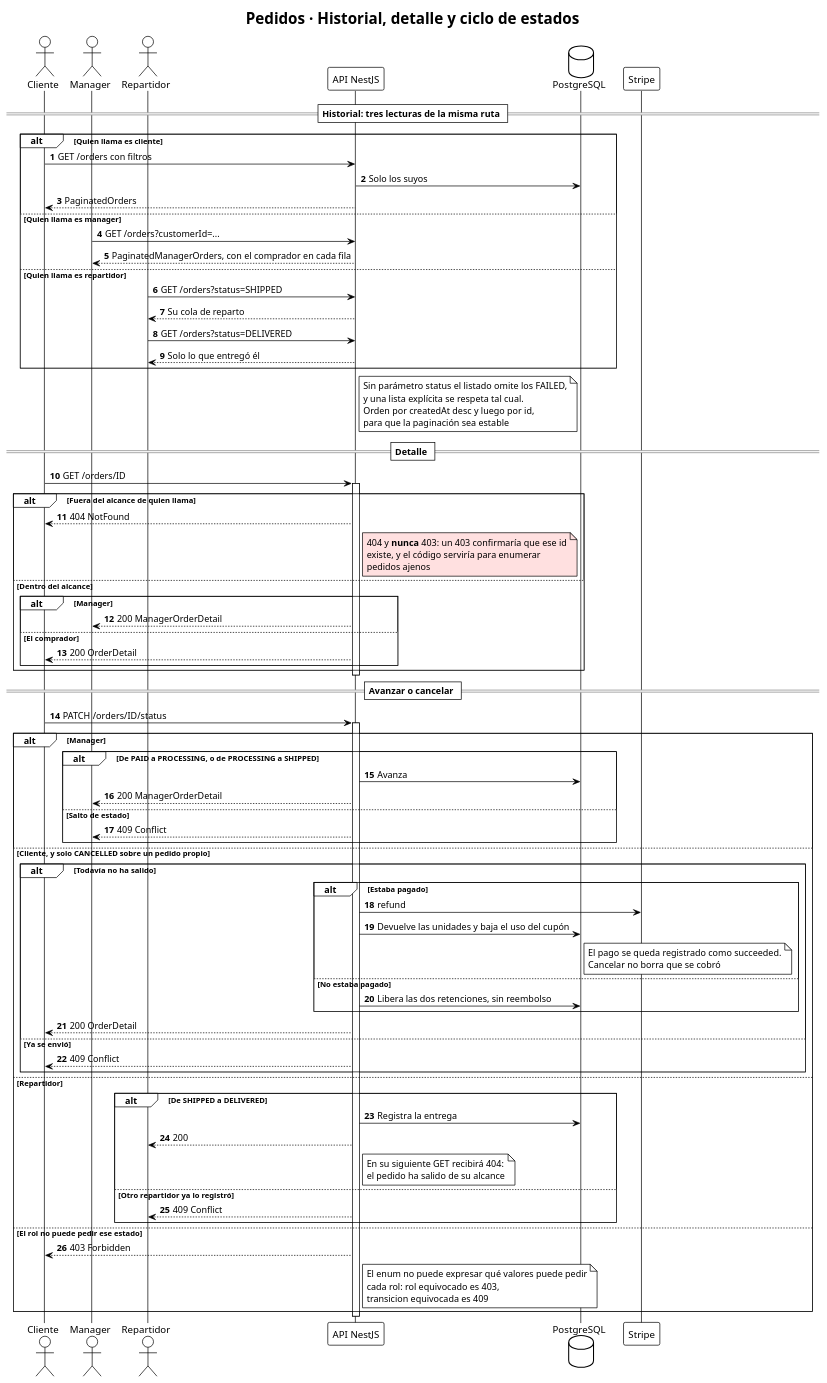
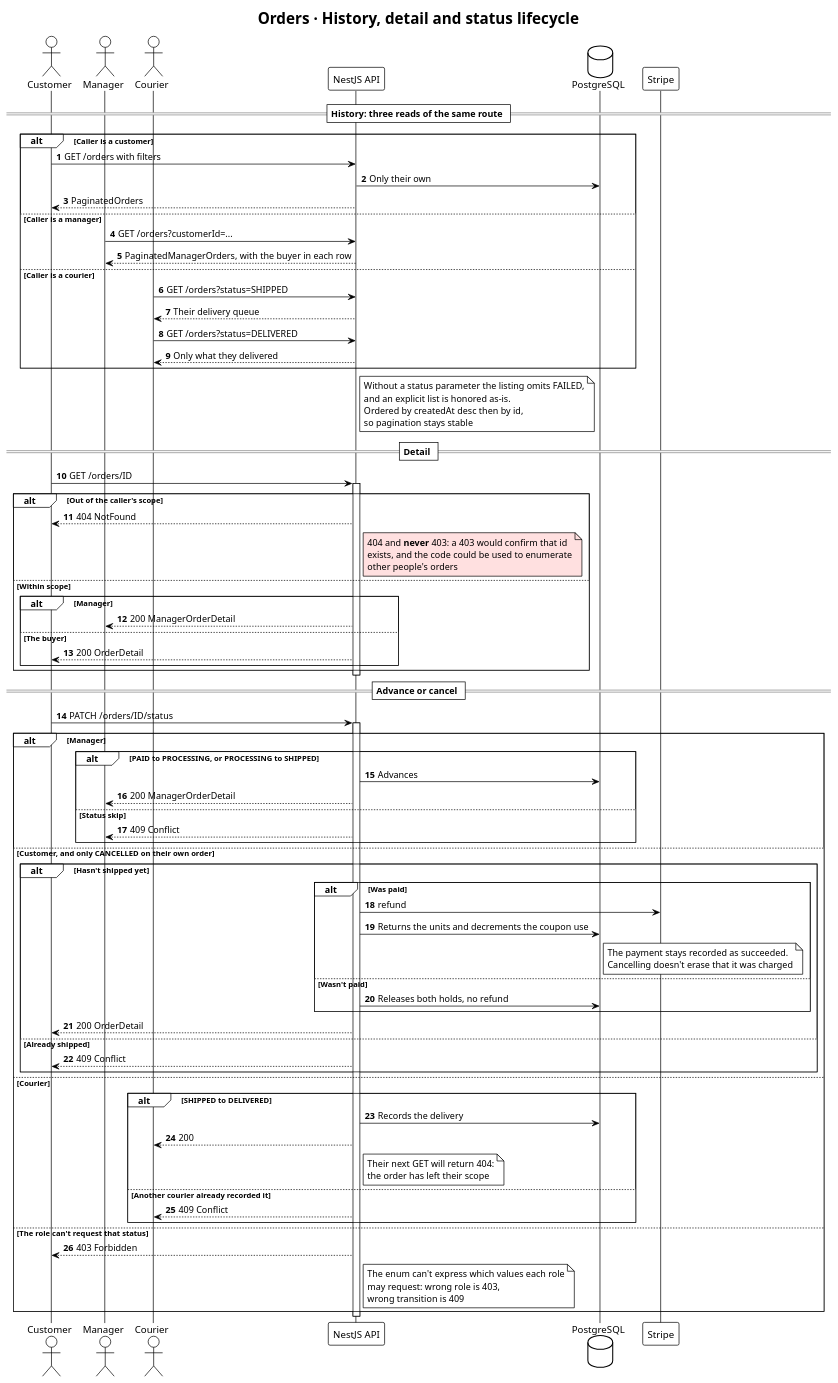
The diagram in docs/flows/10-orders-history-statuses.puml (fabianespinoza-ravn/tshirt-store-api), drawn with PlantUML before and after one commit. The commit also changed 10 other files, not shown here.

First line of the commit message:
docs(flows): translate PlantUML diagram content to English

```diff
--- a/docs/flows/10-orders-history-statuses.puml
+++ b/docs/flows/10-orders-history-statuses.puml
@@ -1,82 +1,82 @@
 @startuml
 !theme plain
-title Pedidos · Historial, detalle y ciclo de estados
+title Orders · History, detail and status lifecycle
 autonumber
 skinparam responseMessageBelowArrow true
 
-actor "Cliente" as U
+actor "Customer" as U
 actor "Manager" as MG
-actor "Repartidor" as D
-participant "API NestJS" as A
+actor "Courier" as D
+participant "NestJS API" as A
 database "PostgreSQL" as DB
 participant "Stripe" as S
 
-== Historial: tres lecturas de la misma ruta ==
-alt Quien llama es cliente
-  U -> A : GET /orders con filtros
-  A -> DB : Solo los suyos
+== History: three reads of the same route ==
+alt Caller is a customer
+  U -> A : GET /orders with filters
+  A -> DB : Only their own
   A --> U : PaginatedOrders
-else Quien llama es manager
+else Caller is a manager
   MG -> A : GET /orders?customerId=...
-  A --> MG : PaginatedManagerOrders, con el comprador en cada fila
-else Quien llama es repartidor
+  A --> MG : PaginatedManagerOrders, with the buyer in each row
+else Caller is a courier
   D -> A : GET /orders?status=SHIPPED
-  A --> D : Su cola de reparto
+  A --> D : Their delivery queue
   D -> A : GET /orders?status=DELIVERED
-  A --> D : Solo lo que entregó él
+  A --> D : Only what they delivered
 end
-note right of A : Sin parámetro status el listado omite los FAILED,\ny una lista explícita se respeta tal cual.\nOrden por createdAt desc y luego por id,\npara que la paginación sea estable
+note right of A : Without a status parameter the listing omits FAILED,\nand an explicit list is honored as-is.\nOrdered by createdAt desc then by id,\nso pagination stays stable
 
-== Detalle ==
+== Detail ==
 U -> A : GET /orders/ID
 activate A
-alt Fuera del alcance de quien llama
+alt Out of the caller's scope
   A --> U : 404 NotFound
-  note right of A #ffe0e0 : 404 y **nunca** 403: un 403 confirmaría que ese id\nexiste, y el código serviría para enumerar\npedidos ajenos
-else Dentro del alcance
+  note right of A #ffe0e0 : 404 and **never** 403: a 403 would confirm that id\nexists, and the code could be used to enumerate\nother people's orders
+else Within scope
   alt Manager
     A --> MG : 200 ManagerOrderDetail
-  else El comprador
+  else The buyer
     A --> U : 200 OrderDetail
   end
 end
 deactivate A
 
-== Avanzar o cancelar ==
+== Advance or cancel ==
 U -> A : PATCH /orders/ID/status
 activate A
 alt Manager
-  alt De PAID a PROCESSING, o de PROCESSING a SHIPPED
-    A -> DB : Avanza
+  alt PAID to PROCESSING, or PROCESSING to SHIPPED
+    A -> DB : Advances
     A --> MG : 200 ManagerOrderDetail
-  else Salto de estado
+  else Status skip
     A --> MG : 409 Conflict
   end
-else Cliente, y solo CANCELLED sobre un pedido propio
-  alt Todavía no ha salido
-    alt Estaba pagado
+else Customer, and only CANCELLED on their own order
+  alt Hasn't shipped yet
+    alt Was paid
       A -> S : refund
-      A -> DB : Devuelve las unidades y baja el uso del cupón
-      note right of DB : El pago se queda registrado como succeeded.\nCancelar no borra que se cobró
-    else No estaba pagado
-      A -> DB : Libera las dos retenciones, sin reembolso
+      A -> DB : Returns the units and decrements the coupon use
+      note right of DB : The payment stays recorded as succeeded.\nCancelling doesn't erase that it was charged
+    else Wasn't paid
+      A -> DB : Releases both holds, no refund
     end
     A --> U : 200 OrderDetail
-  else Ya se envió
+  else Already shipped
     A --> U : 409 Conflict
   end
-else Repartidor
-  alt De SHIPPED a DELIVERED
-    A -> DB : Registra la entrega
+else Courier
+  alt SHIPPED to DELIVERED
+    A -> DB : Records the delivery
     A --> D : 200
-    note right of A : En su siguiente GET recibirá 404:\nel pedido ha salido de su alcance
-  else Otro repartidor ya lo registró
+    note right of A : Their next GET will return 404:\nthe order has left their scope
+  else Another courier already recorded it
     A --> D : 409 Conflict
   end
-else El rol no puede pedir ese estado
+else The role can't request that status
   A --> U : 403 Forbidden
-  note right of A : El enum no puede expresar qué valores puede pedir\ncada rol: rol equivocado es 403,\ntransicion equivocada es 409
+  note right of A : The enum can't express which values each role\nmay request: wrong role is 403,\nwrong transition is 409
 end
 deactivate A
 
 @enduml
```
